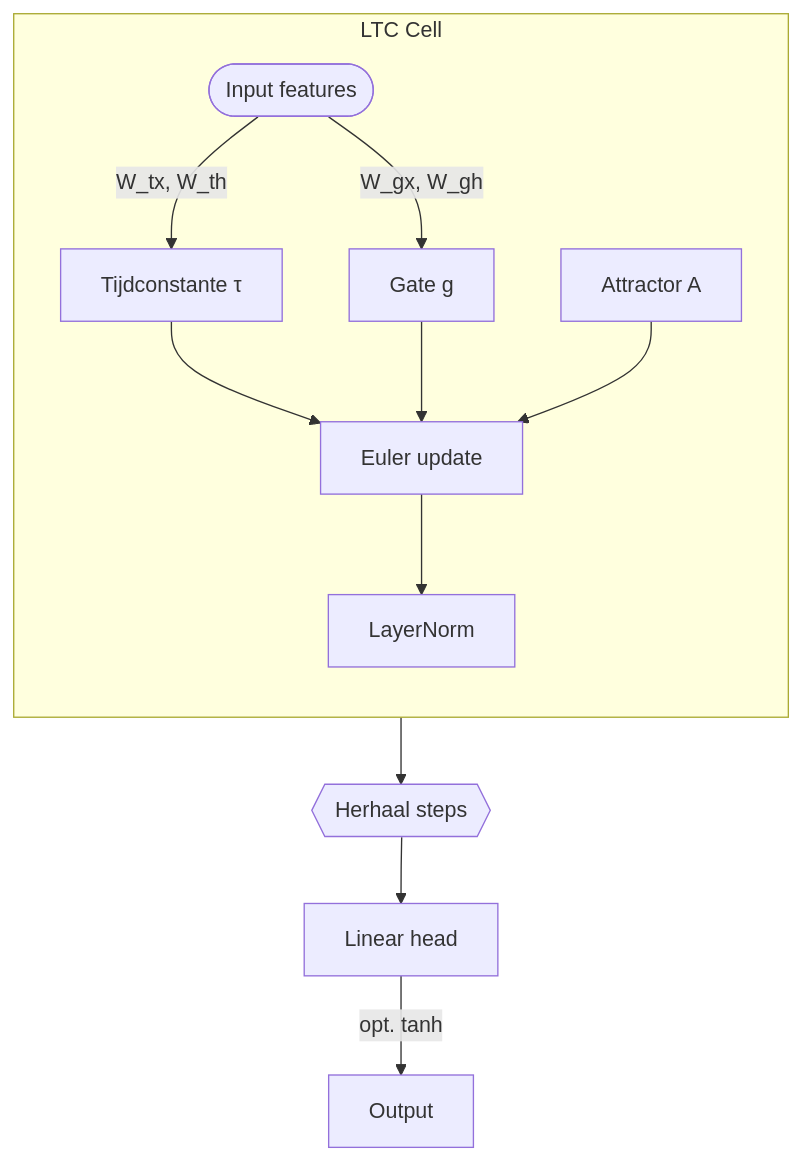
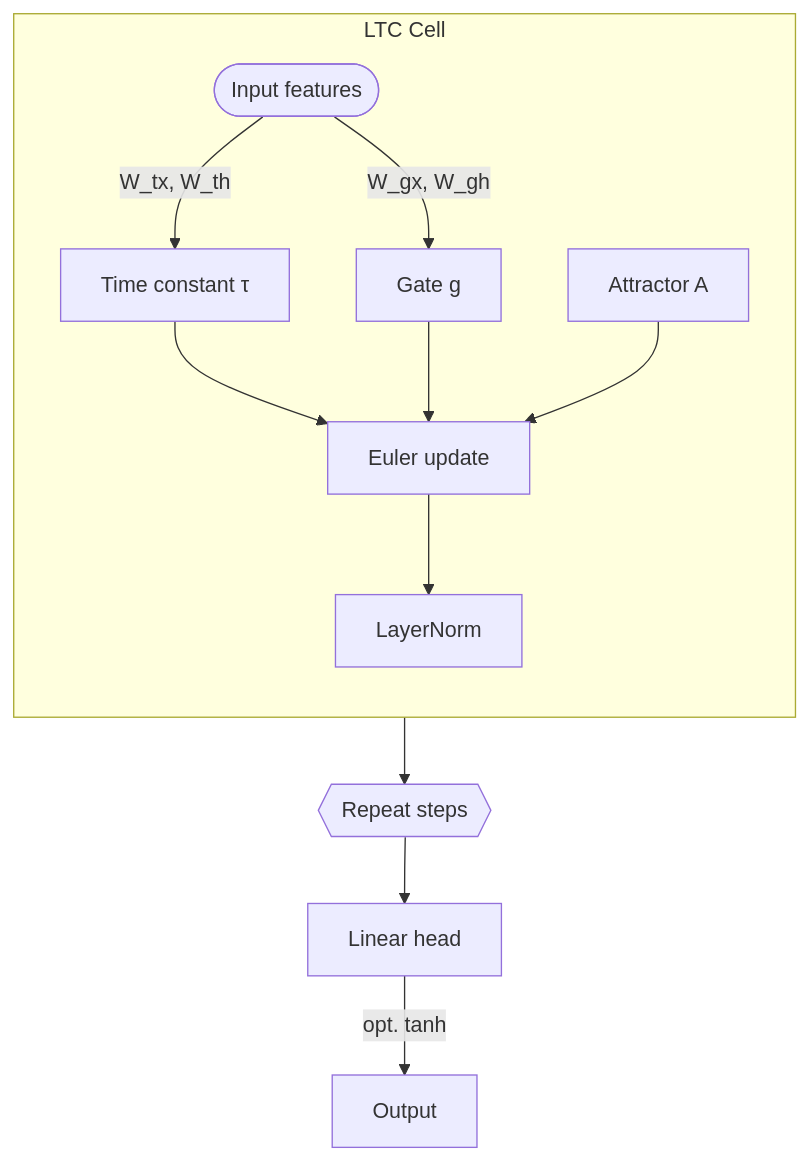
The diagram in docs/LTCCLELL.md (BramDo/PELINN-Q), drawn with Mermaid before and after one commit. The commit also changed other lines of this file and 8 other files, not shown here.

````diff
--- a/docs/LTCCLELL.md
+++ b/docs/LTCCLELL.md
@@ -80,16 +80,16 @@
 ``` mermaid
 flowchart TD
         X(["Input features"])
         subgraph LTCCell["LTC Cell"]
             direction TB
-            X -->|W_tx, W_th| Tau["Tijdconstante τ"]
+            X -->|W_tx, W_th| Tau["Time constant τ"]
             X -->|W_gx, W_gh| Gate["Gate g"]
             Tau --> Euler["Euler update"]
             Gate --> Euler
             A["Attractor A"] --> Euler
             Euler --> LN["LayerNorm"]
         end
-        LN --> Repeat{{"Herhaal steps"}}
+        LN --> Repeat{{"Repeat steps"}}
         Repeat --> Head["Linear head"]
         Head -->|opt. tanh| Output
 ```
````
